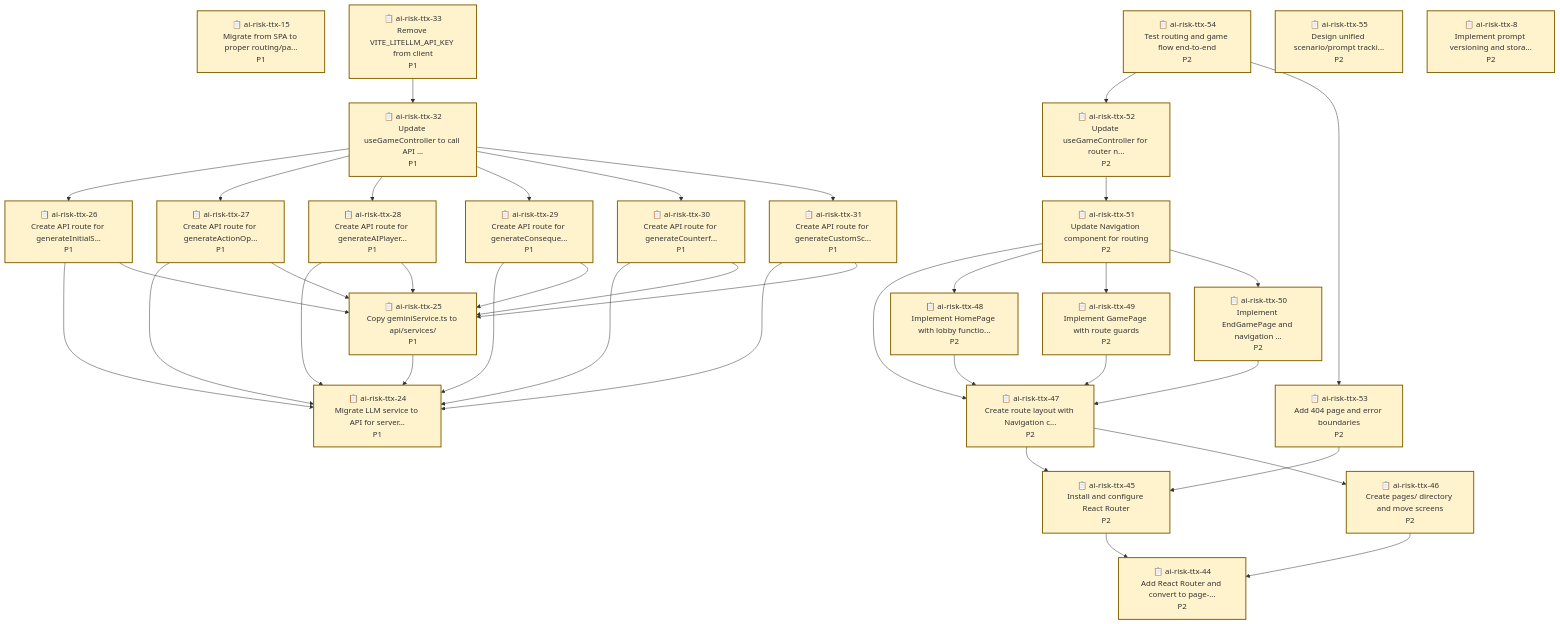
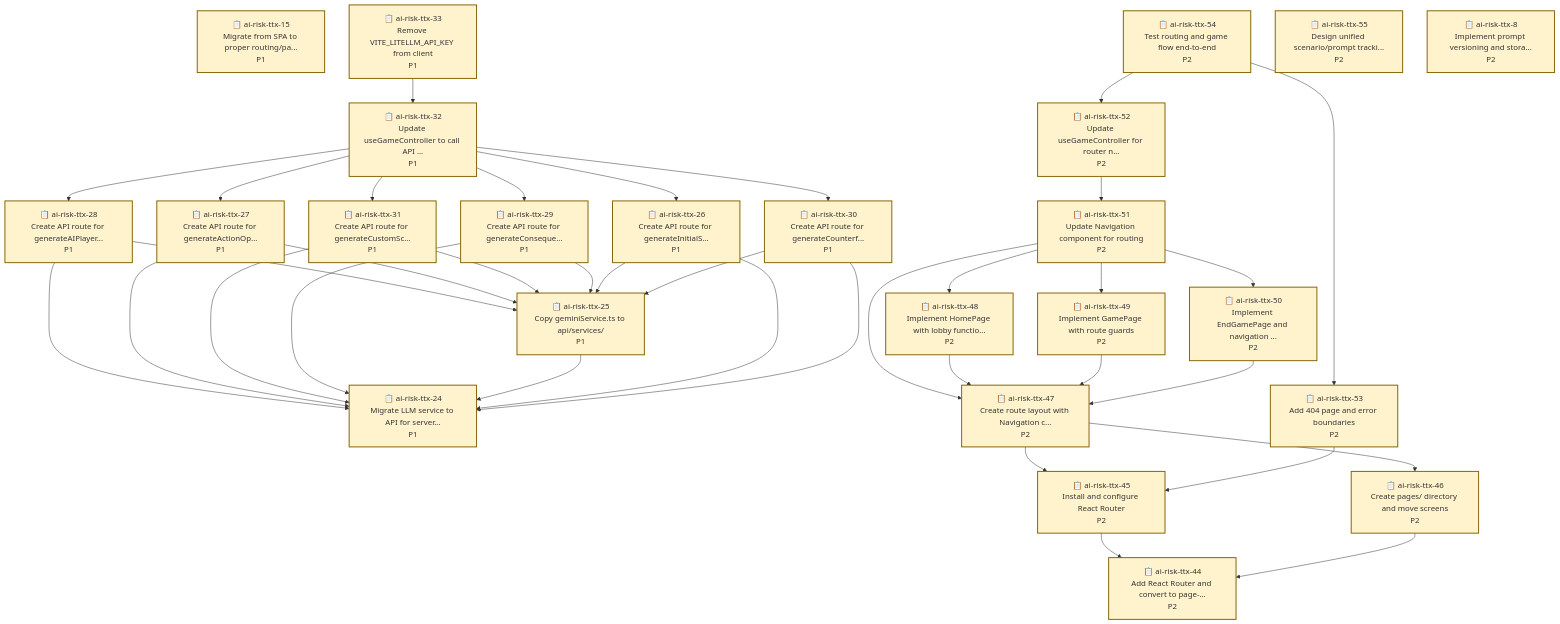
One commit to bhi5hmaraj/ai-risk-ttx changed the diagram in README.md. Above: the diagram before and after it, drawn with Mermaid. The commit also changed other lines of this file and 3 other files, not shown here.

````diff
--- a/README.md
+++ b/README.md
@@ -270,39 +270,39 @@
     ai-risk-ttx-8["📋 ai-risk-ttx-8<br/>Implement prompt versioning and stora...<br/>P2"]
     style ai-risk-ttx-8 fill:#fff3cd,stroke:#856404,stroke-width:2px
 
+    ai-risk-ttx-51 --> ai-risk-ttx-47
+    ai-risk-ttx-51 --> ai-risk-ttx-48
+    ai-risk-ttx-51 --> ai-risk-ttx-49
+    ai-risk-ttx-51 --> ai-risk-ttx-50
+    ai-risk-ttx-28 --> ai-risk-ttx-24
+    ai-risk-ttx-28 --> ai-risk-ttx-25
+    ai-risk-ttx-27 --> ai-risk-ttx-24
+    ai-risk-ttx-27 --> ai-risk-ttx-25
     ai-risk-ttx-48 --> ai-risk-ttx-47
+    ai-risk-ttx-45 --> ai-risk-ttx-44
+    ai-risk-ttx-47 --> ai-risk-ttx-45
+    ai-risk-ttx-47 --> ai-risk-ttx-46
+    ai-risk-ttx-31 --> ai-risk-ttx-24
+    ai-risk-ttx-31 --> ai-risk-ttx-25
+    ai-risk-ttx-29 --> ai-risk-ttx-24
+    ai-risk-ttx-29 --> ai-risk-ttx-25
     ai-risk-ttx-54 --> ai-risk-ttx-52
     ai-risk-ttx-54 --> ai-risk-ttx-53
+    ai-risk-ttx-33 --> ai-risk-ttx-32
+    ai-risk-ttx-46 --> ai-risk-ttx-44
+    ai-risk-ttx-25 --> ai-risk-ttx-24
+    ai-risk-ttx-26 --> ai-risk-ttx-24
+    ai-risk-ttx-26 --> ai-risk-ttx-25
+    ai-risk-ttx-52 --> ai-risk-ttx-51
+    ai-risk-ttx-49 --> ai-risk-ttx-47
+    ai-risk-ttx-30 --> ai-risk-ttx-24
+    ai-risk-ttx-30 --> ai-risk-ttx-25
+    ai-risk-ttx-53 --> ai-risk-ttx-45
+    ai-risk-ttx-50 --> ai-risk-ttx-47
     ai-risk-ttx-32 --> ai-risk-ttx-26
     ai-risk-ttx-32 --> ai-risk-ttx-27
     ai-risk-ttx-32 --> ai-risk-ttx-28
     ai-risk-ttx-32 --> ai-risk-ttx-29
     ai-risk-ttx-32 --> ai-risk-ttx-30
     ai-risk-ttx-32 --> ai-risk-ttx-31
-    ai-risk-ttx-25 --> ai-risk-ttx-24
-    ai-risk-ttx-26 --> ai-risk-ttx-24
-    ai-risk-ttx-26 --> ai-risk-ttx-25
-    ai-risk-ttx-49 --> ai-risk-ttx-47
-    ai-risk-ttx-45 --> ai-risk-ttx-44
-    ai-risk-ttx-51 --> ai-risk-ttx-47
-    ai-risk-ttx-51 --> ai-risk-ttx-48
-    ai-risk-ttx-51 --> ai-risk-ttx-49
-    ai-risk-ttx-51 --> ai-risk-ttx-50
-    ai-risk-ttx-46 --> ai-risk-ttx-44
-    ai-risk-ttx-27 --> ai-risk-ttx-24
-    ai-risk-ttx-27 --> ai-risk-ttx-25
-    ai-risk-ttx-50 --> ai-risk-ttx-47
-    ai-risk-ttx-29 --> ai-risk-ttx-24
-    ai-risk-ttx-29 --> ai-risk-ttx-25
-    ai-risk-ttx-31 --> ai-risk-ttx-24
-    ai-risk-ttx-31 --> ai-risk-ttx-25
-    ai-risk-ttx-28 --> ai-risk-ttx-24
-    ai-risk-ttx-28 --> ai-risk-ttx-25
-    ai-risk-ttx-52 --> ai-risk-ttx-51
-    ai-risk-ttx-53 --> ai-risk-ttx-45
-    ai-risk-ttx-30 --> ai-risk-ttx-24
-    ai-risk-ttx-30 --> ai-risk-ttx-25
-    ai-risk-ttx-33 --> ai-risk-ttx-32
-    ai-risk-ttx-47 --> ai-risk-ttx-45
-    ai-risk-ttx-47 --> ai-risk-ttx-46
 ```
````
